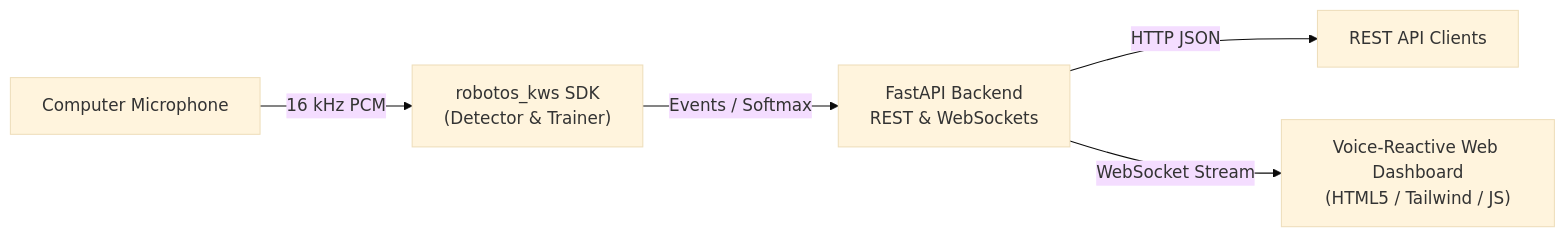
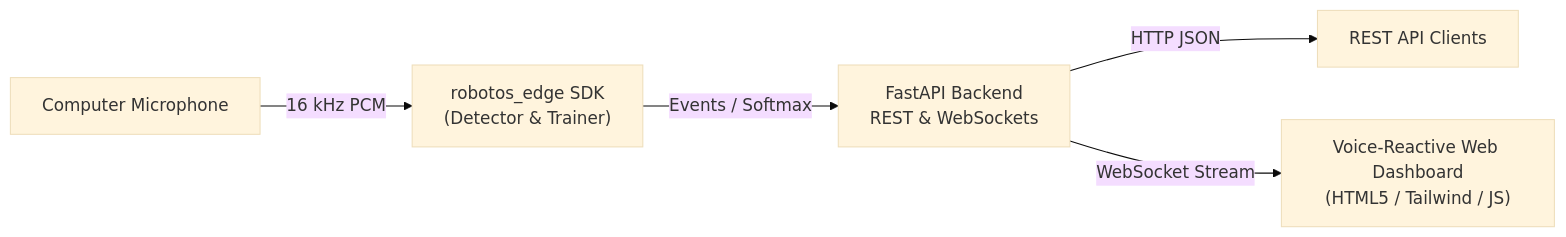
One commit to drsanti/kmutt-nd69 changed the diagram in nd2/docs/week08/README.md. Above: the diagram before and after it, drawn with Mermaid (base theme). The commit also changed other lines of this file and 29 other files, not shown here.

First line of the commit message:
docs(week08): make nd1-nd3 labs work with robotos_edge 0.2.0

````diff
--- a/nd2/docs/week08/README.md
+++ b/nd2/docs/week08/README.md
@@ -57,7 +57,7 @@
 ```mermaid
 flowchart LR
-    MIC["Computer Microphone"] -->|"16 kHz PCM"| SDK["robotos_kws SDK\n(Detector & Trainer)"]
+    MIC["Computer Microphone"] -->|"16 kHz PCM"| SDK["robotos_edge SDK\n(Detector & Trainer)"]
     SDK -->|"Events / Softmax"| API["FastAPI Backend\nREST & WebSockets"]
     API -->|"HTTP JSON"| CLIENT1["REST API Clients"]
     API -->|"WebSocket Stream"| DASH["Voice-Reactive Web Dashboard\n(HTML5 / Tailwind / JS)"]
 ```
````
